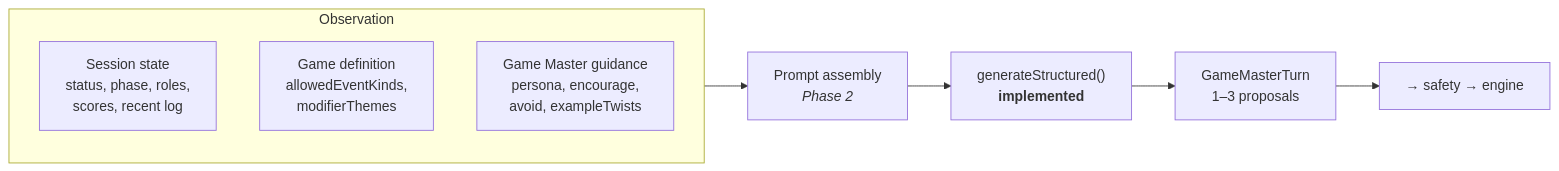
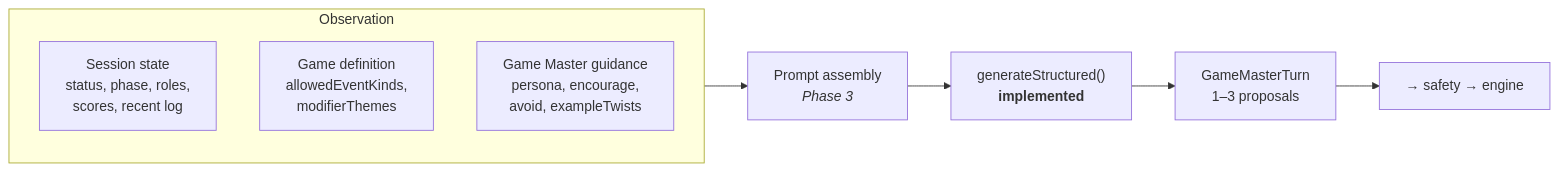
The first of 2 diagrams in AI.md (SHWETANK-SAURABH/touchgrass-game-master), drawn with Mermaid before and after one commit. The commit also changed other lines of this file and 25 other files, not shown here.

````diff
--- a/AI.md
+++ b/AI.md
@@ -53,12 +53,12 @@
 ```mermaid
 flowchart LR
     subgraph Observation
         A["Session state<br/>status, phase, roles,<br/>scores, recent log"]
         B["Game definition<br/>allowedEventKinds,<br/>modifierThemes"]
         C["Game Master guidance<br/>persona, encourage,<br/>avoid, exampleTwists"]
     end
-    Observation --> P["Prompt assembly<br/><i>Phase 2</i>"]
+    Observation --> P["Prompt assembly<br/><i>Phase 3</i>"]
     P --> G["generateStructured()<br/><b>implemented</b>"]
     G --> T["GameMasterTurn<br/>1–3 proposals"]
     T --> V["→ safety → engine"]
 ```
````
